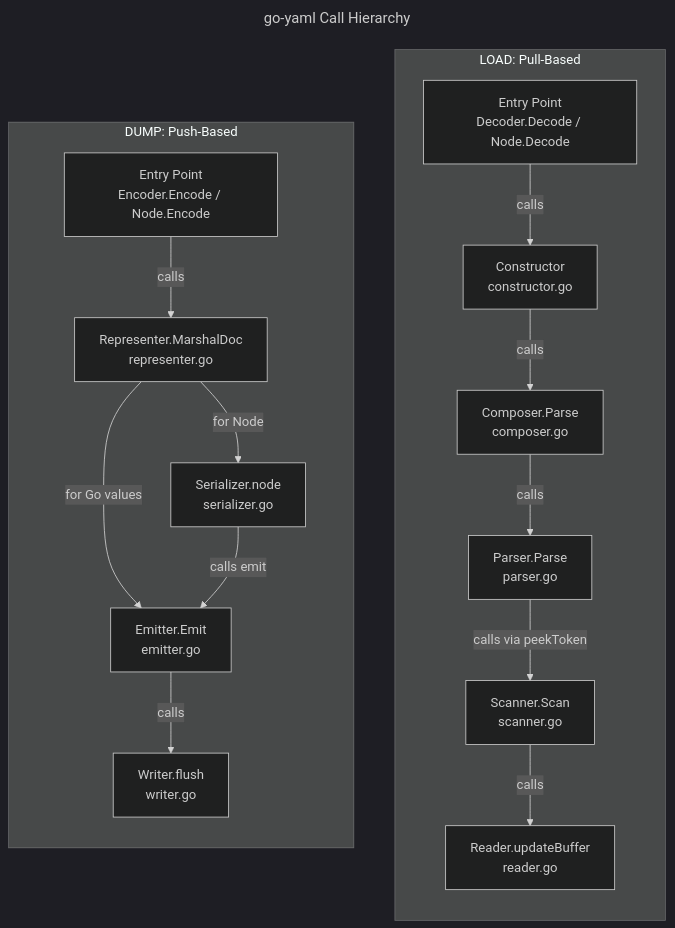
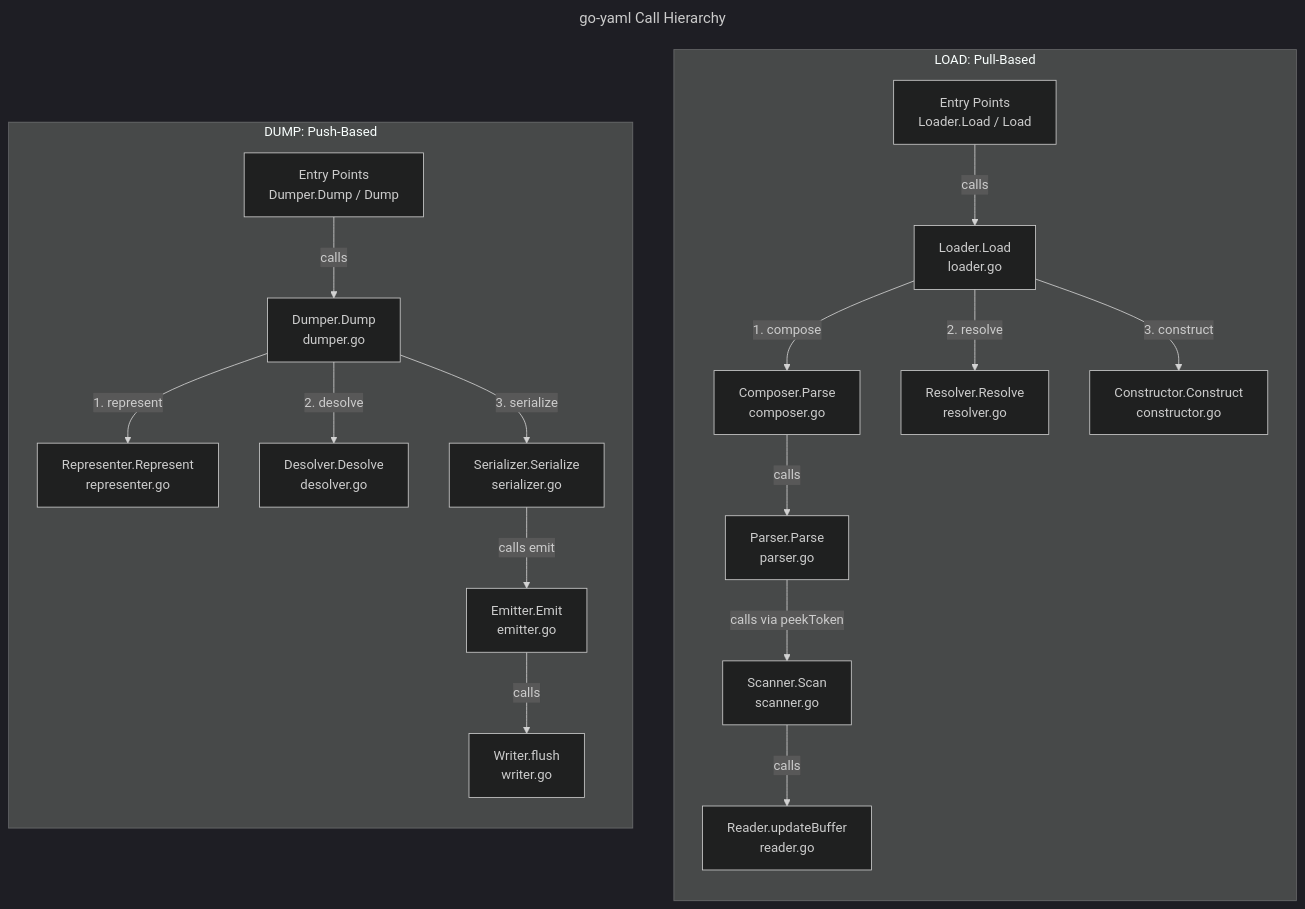
One commit to yaml/go-yaml changed the diagram in docs/dev/call-hierarchy.mmd. Above: the diagram before and after it, drawn with Mermaid (dark theme). The commit also changed 3 other files, not shown here.

Commit message:
Update diagrams for refactored architecture

```diff
--- a/docs/dev/call-hierarchy.mmd
+++ b/docs/dev/call-hierarchy.mmd
@@ -1,34 +1,41 @@
 ---
 title: go-yaml Call Hierarchy
 ---
 flowchart TB
     subgraph LOAD ["LOAD: Pull-Based"]
         direction TB
-        L_entry["Entry Point<br/>Decoder.Decode / Node.Decode"]
-        L_constructor["Constructor<br/>constructor.go"]
+        L_entry["Entry Points<br/>Loader.Load / Load"]
+        L_loader["Loader.Load<br/>loader.go"]
+        L_constructor["Constructor.Construct<br/>constructor.go"]
+        L_resolver["Resolver.Resolve<br/>resolver.go"]
         L_composer["Composer.Parse<br/>composer.go"]
         L_parser["Parser.Parse<br/>parser.go"]
         L_scanner["Scanner.Scan<br/>scanner.go"]
         L_reader["Reader.updateBuffer<br/>reader.go"]
 
-        L_entry -->|calls| L_constructor
-        L_constructor -->|calls| L_composer
+        L_entry -->|calls| L_loader
+        L_loader -->|1. compose| L_composer
+        L_loader -->|2. resolve| L_resolver
+        L_loader -->|3. construct| L_constructor
         L_composer -->|calls| L_parser
         L_parser -->|calls via peekToken| L_scanner
         L_scanner -->|calls| L_reader
     end
 
     subgraph DUMP ["DUMP: Push-Based"]
         direction TB
-        D_entry["Entry Point<br/>Encoder.Encode / Node.Encode"]
-        D_representer["Representer.MarshalDoc<br/>representer.go"]
-        D_serializer["Serializer.node<br/>serializer.go"]
+        D_entry["Entry Points<br/>Dumper.Dump / Dump"]
+        D_dumper["Dumper.Dump<br/>dumper.go"]
+        D_representer["Representer.Represent<br/>representer.go"]
+        D_desolver["Desolver.Desolve<br/>desolver.go"]
+        D_serializer["Serializer.Serialize<br/>serializer.go"]
         D_emitter["Emitter.Emit<br/>emitter.go"]
         D_writer["Writer.flush<br/>writer.go"]
 
-        D_entry -->|calls| D_representer
-        D_representer -->|for Go values| D_emitter
-        D_representer -->|for Node| D_serializer
+        D_entry -->|calls| D_dumper
+        D_dumper -->|1. represent| D_representer
+        D_dumper -->|2. desolve| D_desolver
+        D_dumper -->|3. serialize| D_serializer
         D_serializer -->|calls emit| D_emitter
         D_emitter -->|calls| D_writer
     end
```
